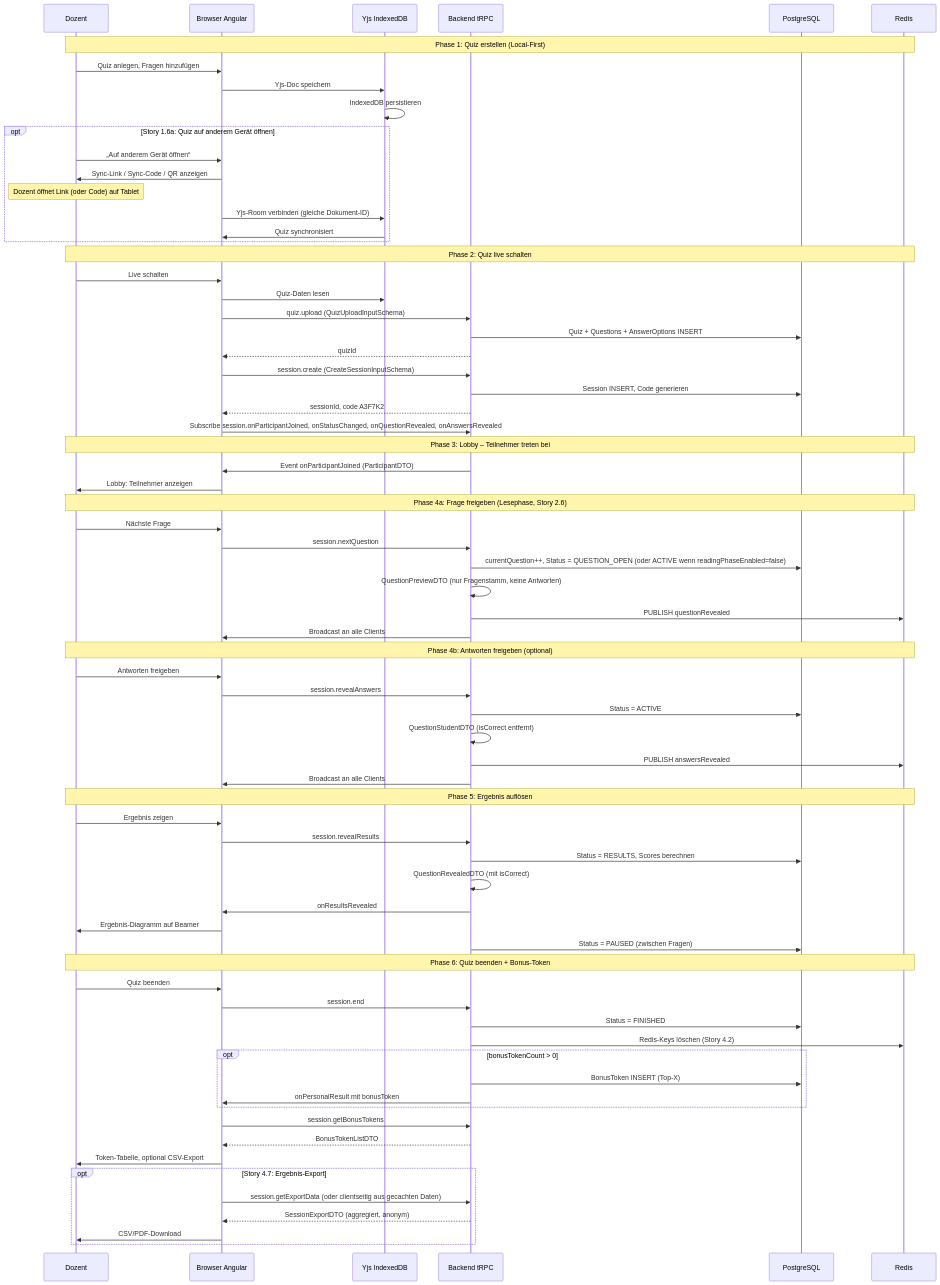
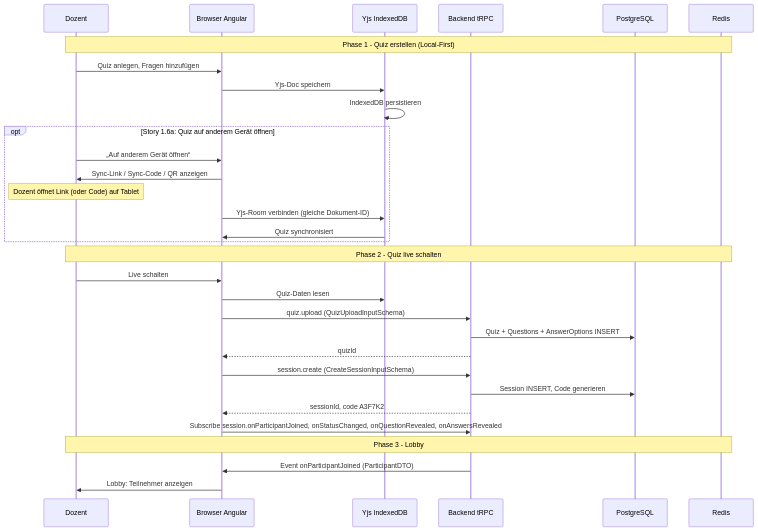
One commit to arsnova-dev/arsnova.eu changed the eighth of 16 diagrams in docs/diagrams/diagrams.md. Above: the diagram before and after it, drawn with Mermaid. The commit also changed other lines of this file and 18 other files, not shown here.

````diff
--- a/docs/diagrams/diagrams.md
+++ b/docs/diagrams/diagrams.md
@@ -340,80 +359,37 @@
 ```mermaid
 sequenceDiagram
     participant D as Dozent
     participant FE as Browser Angular
     participant YJS as Yjs IndexedDB
     participant BE as Backend tRPC
     participant PG as PostgreSQL
     participant R as Redis
 
-    Note over D,R: Phase 1: Quiz erstellen (Local-First)
+    Note over D,R: Phase 1 - Quiz erstellen (Local-First)
     D->>FE: Quiz anlegen, Fragen hinzufügen
     FE->>YJS: Yjs-Doc speichern
     YJS->>YJS: IndexedDB persistieren
 
     opt Story 1.6a: Quiz auf anderem Gerät öffnen
         D->>FE: „Auf anderem Gerät öffnen“
         FE->>D: Sync-Link / Sync-Code / QR anzeigen
         Note over D: Dozent öffnet Link (oder Code) auf Tablet
         FE->>YJS: Yjs-Room verbinden (gleiche Dokument-ID)
         YJS->>FE: Quiz synchronisiert
     end
 
-    Note over D,R: Phase 2: Quiz live schalten
+    Note over D,R: Phase 2 - Quiz live schalten
     D->>FE: Live schalten
     FE->>YJS: Quiz-Daten lesen
     FE->>BE: quiz.upload (QuizUploadInputSchema)
     BE->>PG: Quiz + Questions + AnswerOptions INSERT
     BE-->>FE: quizId
     FE->>BE: session.create (CreateSessionInputSchema)
     BE->>PG: Session INSERT, Code generieren
     BE-->>FE: sessionId, code A3F7K2
     FE->>BE: Subscribe session.onParticipantJoined, onStatusChanged, onQuestionRevealed, onAnswersRevealed
 
-    Note over D,R: Phase 3: Lobby – Teilnehmer treten bei
+    Note over D,R: Phase 3 - Lobby
     BE->>FE: Event onParticipantJoined (ParticipantDTO)
     FE->>D: Lobby: Teilnehmer anzeigen
-
-    Note over D,R: Phase 4a: Frage freigeben (Lesephase, Story 2.6)
-    D->>FE: Nächste Frage
-    FE->>BE: session.nextQuestion
-    BE->>PG: currentQuestion++, Status = QUESTION_OPEN (oder ACTIVE wenn readingPhaseEnabled=false)
-    BE->>BE: QuestionPreviewDTO (nur Fragenstamm, keine Antworten)
-    BE->>R: PUBLISH questionRevealed
-    BE->>FE: Broadcast an alle Clients
-
-    Note over D,R: Phase 4b: Antworten freigeben (optional)
-    D->>FE: Antworten freigeben
-    FE->>BE: session.revealAnswers
-    BE->>PG: Status = ACTIVE
-    BE->>BE: QuestionStudentDTO (isCorrect entfernt)
-    BE->>R: PUBLISH answersRevealed
-    BE->>FE: Broadcast an alle Clients
-
-    Note over D,R: Phase 5: Ergebnis auflösen
-    D->>FE: Ergebnis zeigen
-    FE->>BE: session.revealResults
-    BE->>PG: Status = RESULTS, Scores berechnen
-    BE->>BE: QuestionRevealedDTO (mit isCorrect)
-    BE->>FE: onResultsRevealed
-    FE->>D: Ergebnis-Diagramm auf Beamer
-    BE->>PG: Status = PAUSED (zwischen Fragen)
-
-    Note over D,R: Phase 6: Quiz beenden + Bonus-Token
-    D->>FE: Quiz beenden
-    FE->>BE: session.end
-    BE->>PG: Status = FINISHED
-    BE->>R: Redis-Keys löschen (Story 4.2)
-    opt bonusTokenCount > 0
-        BE->>PG: BonusToken INSERT (Top-X)
-        BE->>FE: onPersonalResult mit bonusToken
-    end
-    FE->>BE: session.getBonusTokens
-    BE-->>FE: BonusTokenListDTO
-    FE->>D: Token-Tabelle, optional CSV-Export
-    opt Story 4.7: Ergebnis-Export
-        FE->>BE: session.getExportData (oder clientseitig aus gecachten Daten)
-        BE-->>FE: SessionExportDTO (aggregiert, anonym)
-        FE->>D: CSV/PDF-Download
-    end
 ```
````
